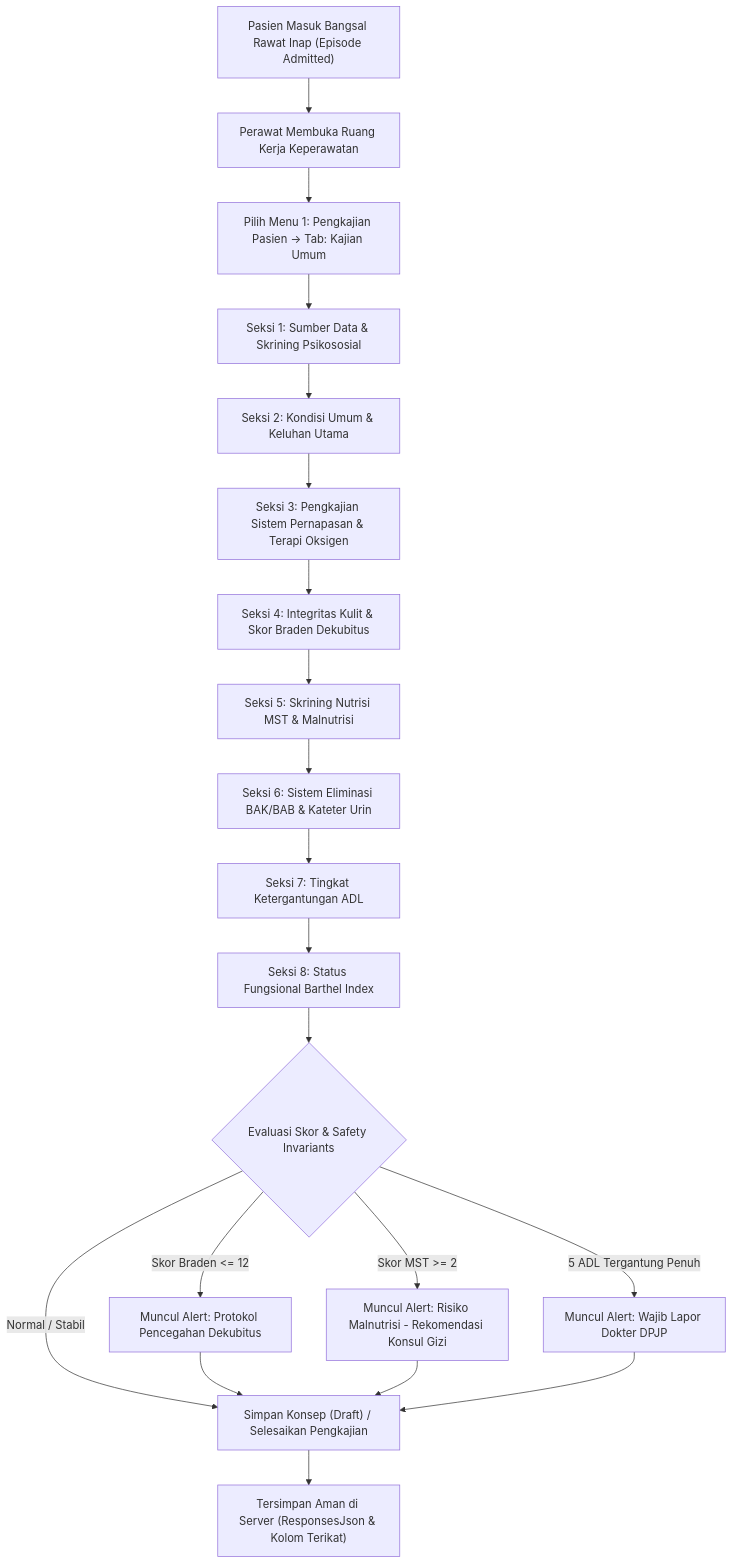
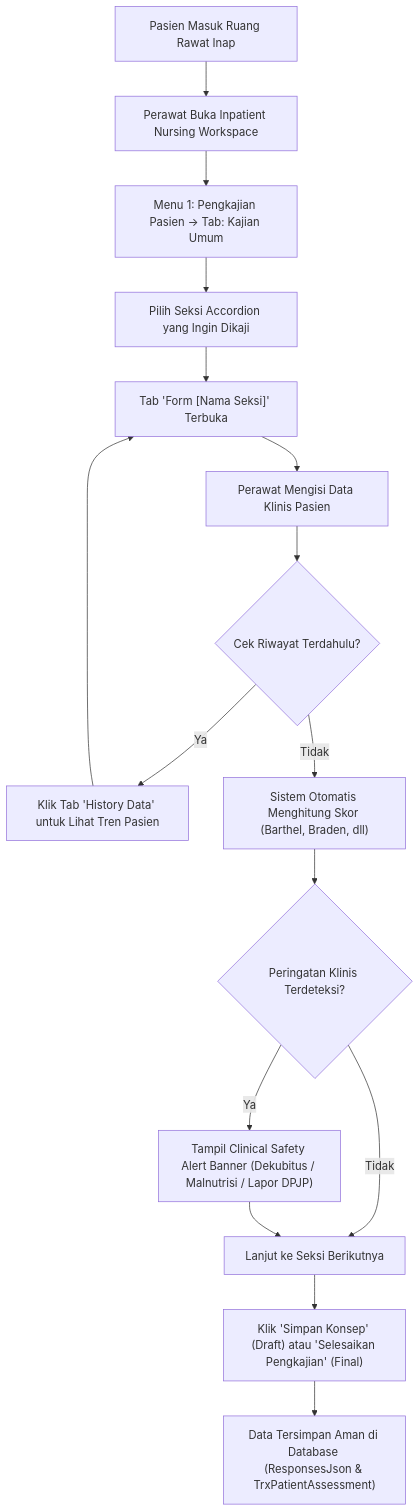
Before and after one commit to DevBenari/NewQuilvianSystemBackend: the first of 2 diagrams in docs/module-blueprints/rawat-inap/keperawatan/roadmap/rencana-kerja/pengkajian-umum/rencana-kerja-kajian-umum.md, drawn with Mermaid. The commit also changed other lines of this file and 11 other files, not shown here.

````diff
--- a/docs/module-blueprints/rawat-inap/keperawatan/roadmap/rencana-kerja/pengkajian-umum/rencana-kerja-kajian-umum.md
+++ b/docs/module-blueprints/rawat-inap/keperawatan/roadmap/rencana-kerja/pengkajian-umum/rencana-kerja-kajian-umum.md
@@ -30,22 +171,18 @@
 ```mermaid
 flowchart TD
-    A["Pasien Masuk Bangsal Rawat Inap (Episode Admitted)"] --> B["Perawat Membuka Ruang Kerja Keperawatan"]
-    B --> C["Pilih Menu 1: Pengkajian Pasien -> Tab: Kajian Umum"]
-    C --> D["Seksi 1: Sumber Data & Skrining Psikososial"]
-    D --> E["Seksi 2: Kondisi Umum & Keluhan Utama"]
-    E --> F["Seksi 3: Pengkajian Sistem Pernapasan & Terapi Oksigen"]
-    F --> G["Seksi 4: Integritas Kulit & Skor Braden Dekubitus"]
-    G --> H["Seksi 5: Skrining Nutrisi MST & Malnutrisi"]
-    H --> I["Seksi 6: Sistem Eliminasi BAK/BAB & Kateter Urin"]
-    I --> J["Seksi 7: Tingkat Ketergantungan ADL"]
-    J --> K["Seksi 8: Status Fungsional Barthel Index"]
-    K --> L{"Evaluasi Skor & Safety Invariants"}
-    L -- "Skor Braden <= 12" --> M1["Muncul Alert: Protokol Pencegahan Dekubitus"]
-    L -- "Skor MST >= 2" --> M2["Muncul Alert: Risiko Malnutrisi - Rekomendasi Konsul Gizi"]
-    L -- "5 ADL Tergantung Penuh" --> M3["Muncul Alert: Wajib Lapor Dokter DPJP"]
-    L -- "Normal / Stabil" --> N["Simpan Konsep (Draft) / Selesaikan Pengkajian"]
-    M1 --> N
-    M2 --> N
-    M3 --> N
-    N --> O["Tersimpan Aman di Server (ResponsesJson & Kolom Terikat)"]
+    A["Pasien Masuk Ruang Rawat Inap"] --> B["Perawat Buka Inpatient Nursing Workspace"]
+    B --> C["Menu 1: Pengkajian Pasien -> Tab: Kajian Umum"]
+    C --> D["Pilih Seksi Accordion yang Ingin Dikaji"]
+    D --> E["Tab 'Form [Nama Seksi]' Terbuka"]
+    E --> F["Perawat Mengisi Data Klinis Pasien"]
+    F --> G{"Cek Riwayat Terdahulu?"}
+    G -- "Ya" --> H["Klik Tab 'History Data' untuk Lihat Tren Pasien"]
+    H --> E
+    G -- "Tidak" --> I["Sistem Otomatis Menghitung Skor (Barthel, Braden, dll)"]
+    I --> J{"Peringatan Klinis Terdeteksi?"}
+    J -- "Ya" --> K["Tampil Clinical Safety Alert Banner (Dekubitus / Malnutrisi / Lapor DPJP)"]
+    J -- "Tidak" --> L["Lanjut ke Seksi Berikutnya"]
+    K --> L
+    L --> M["Klik 'Simpan Konsep' (Draft) atau 'Selesaikan Pengkajian' (Final)"]
+    M --> N["Data Tersimpan Aman di Database (ResponsesJson & TrxPatientAssessment)"]
 ```
````
